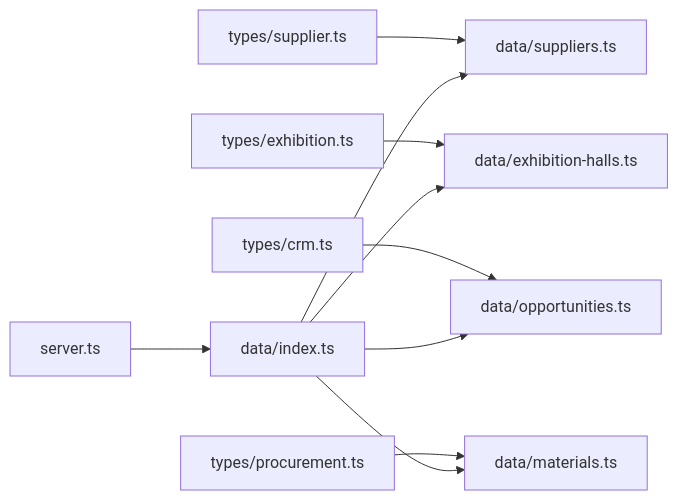
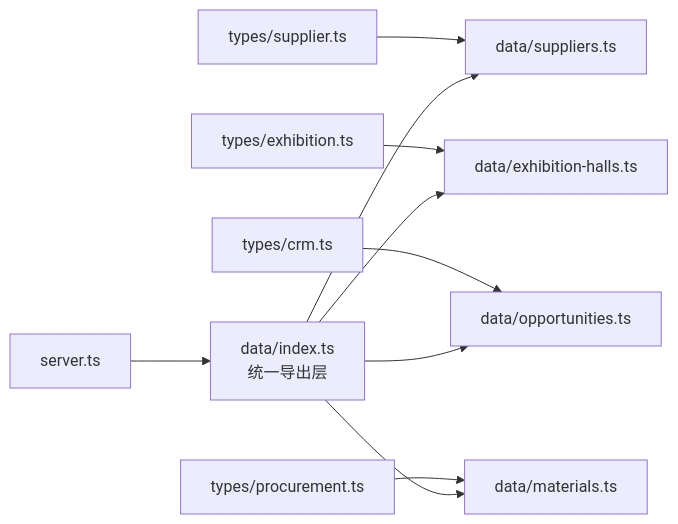
Before and after one commit to Hu-Right/supply-os: the seventh of 7 diagrams in .qoder/repowiki/zh/content/数据管理/数据管理.md, drawn with Mermaid. The commit also changed other lines of this file and 33 other files, not shown here.

````diff
--- a/.qoder/repowiki/zh/content/数据管理/数据管理.md
+++ b/.qoder/repowiki/zh/content/数据管理/数据管理.md
@@ -360,12 +379,12 @@
 ```mermaid
 graph LR
 TypesCRM["types/crm.ts"] --> Opp["data/opportunities.ts"]
 TypesSupplier["types/supplier.ts"] --> Supp["data/suppliers.ts"]
 TypesExhibition["types/exhibition.ts"] --> Exhib["data/exhibition-halls.ts"]
 TypesProcurement["types/procurement.ts"] --> Mat["data/materials.ts"]
-Index["data/index.ts"] --> Supp
+Index["data/index.ts<br/>统一导出层"] --> Supp
 Index --> Exhib
 Index --> Opp
 Index --> Mat
 Server["server.ts"] --> Index
 ```
````
